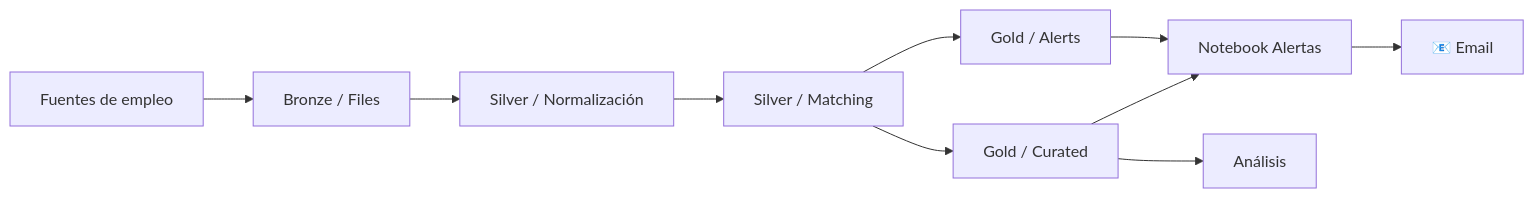
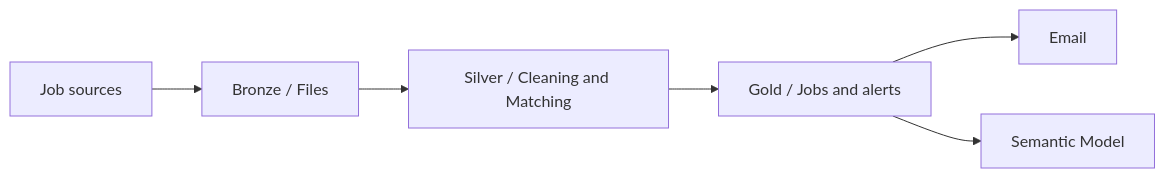
One commit to Daniel20051601/Fabric-Job-Intelligence-Alert changed the first of 2 diagrams in README.md. Above: the diagram before and after it, drawn with Mermaid. The commit also changed other lines of this file, not shown here.

````diff
--- a/README.md
+++ b/README.md
@@ -27,12 +27,8 @@
 ```mermaid
 flowchart LR
-    A[Fuentes de empleo] --> B[Bronze / Files]
-    B --> C[Silver / Normalización]
-    C --> D[Silver / Matching]
-    D --> E[Gold / Curated]
-    D --> F[Gold / Alerts]
-    E --> G[Notebook Alertas]
-    F --> G
-    G --> H[📧 Email]
-    E --> I[Análisis]
+    A[Job sources] --> B[Bronze / Files]
+    B --> C[Silver / Cleaning and Matching]
+    C --> E[Gold / Jobs and alerts]
+    E --> H[Email]
+    E --> I[Semantic Model]
 ```
````
